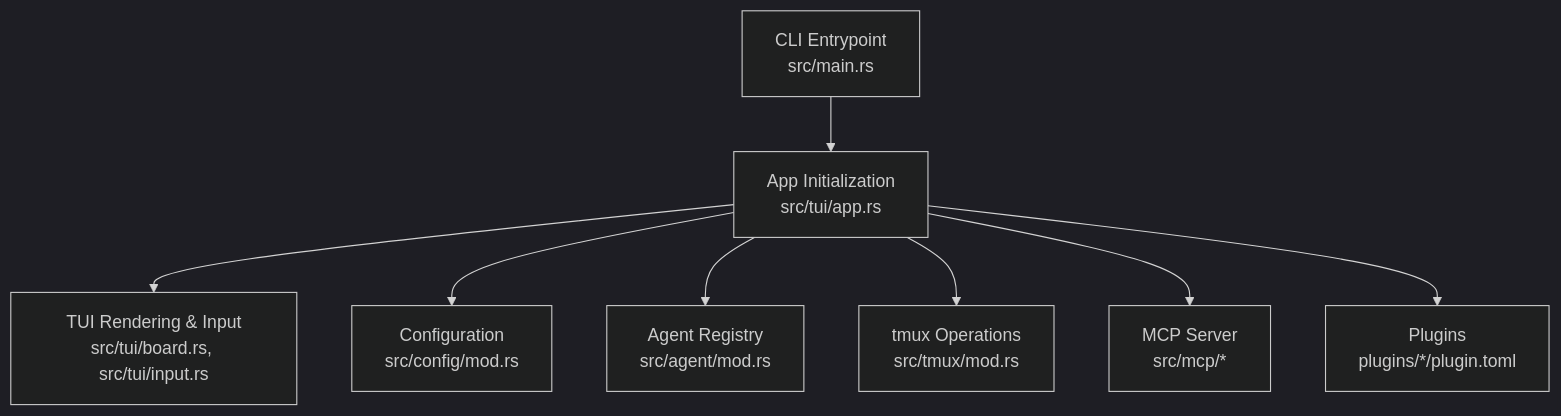
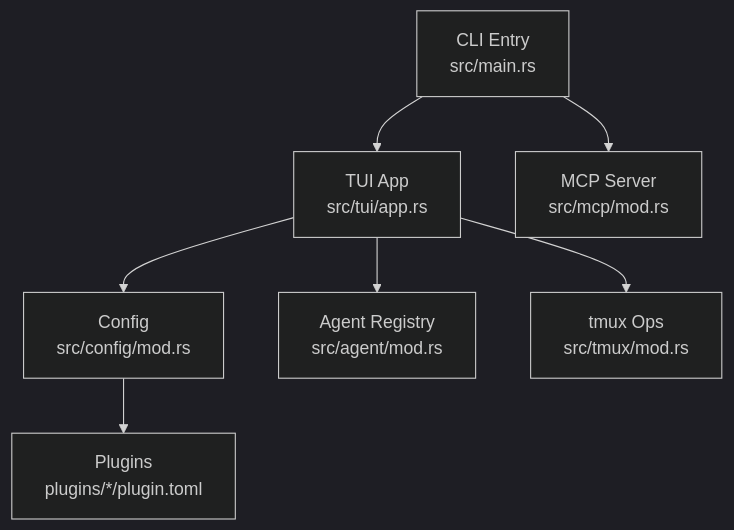
One commit to bramburn/agtx changed the first of 8 diagrams in .qoder/repowiki/en/content/Getting Started.md. Above: the diagram before and after it, drawn with Mermaid (dark theme). The commit also changed other lines of this file and 140 other files, not shown here.

````diff
--- a/.qoder/repowiki/en/content/Getting Started.md
+++ b/.qoder/repowiki/en/content/Getting Started.md
@@ -45,10 +43,9 @@
 ```mermaid
 graph TB
-A["CLI Entrypoint<br/>src/main.rs"] --> B["App Initialization<br/>src/tui/app.rs"]
-B --> C["TUI Rendering & Input<br/>src/tui/board.rs, src/tui/input.rs"]
-B --> D["Configuration<br/>src/config/mod.rs"]
+A["CLI Entry<br/>src/main.rs"] --> B["TUI App<br/>src/tui/app.rs"]
+A --> C["MCP Server<br/>src/mcp/mod.rs"]
+B --> D["Config<br/>src/config/mod.rs"]
 B --> E["Agent Registry<br/>src/agent/mod.rs"]
-B --> F["tmux Operations<br/>src/tmux/mod.rs"]
-B --> G["MCP Server<br/>src/mcp/*"]
-B --> H["Plugins<br/>plugins/*/plugin.toml"]
+B --> F["tmux Ops<br/>src/tmux/mod.rs"]
+D --> G["Plugins<br/>plugins/*/plugin.toml"]
 ```
````
